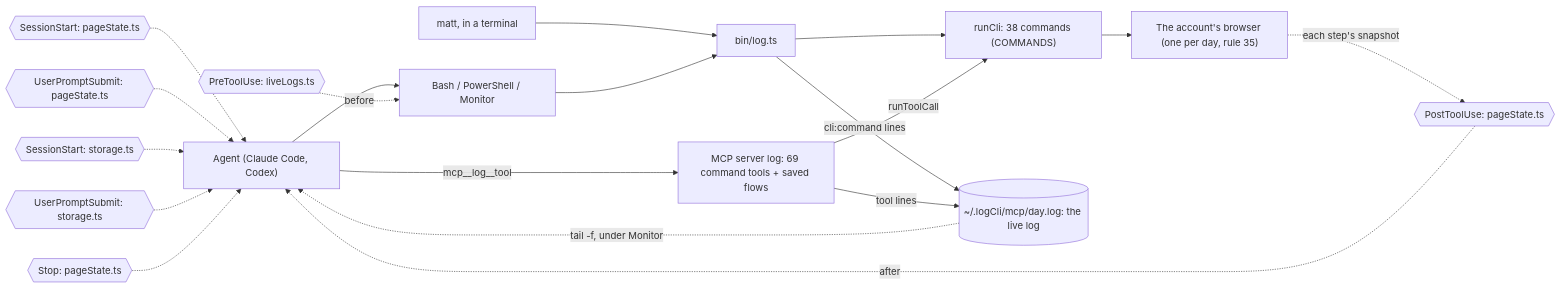
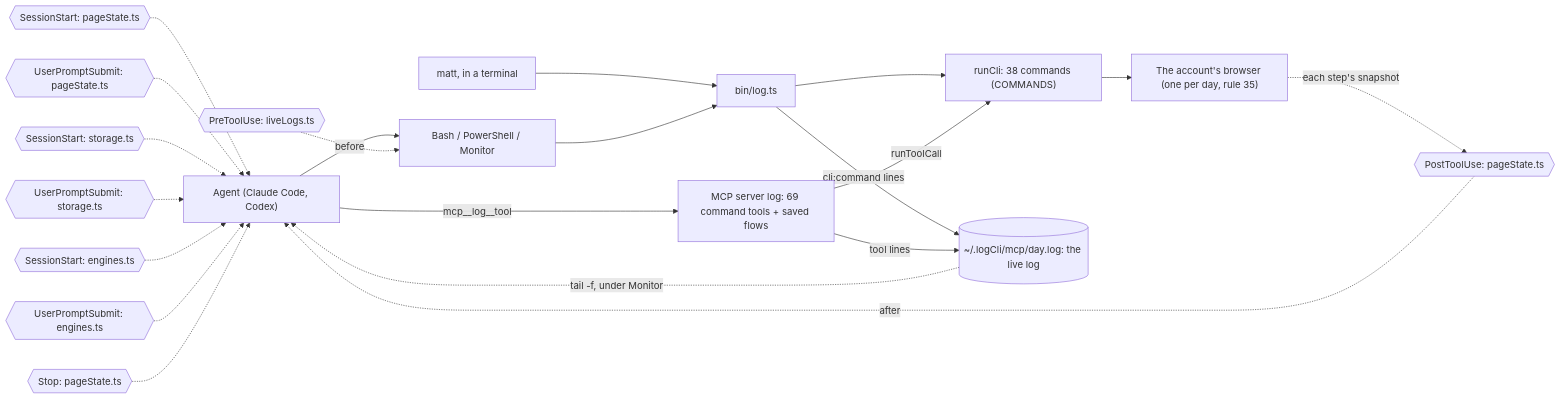
The second of 5 diagrams in README.md (matthewdonsemail-lab/log), drawn with Mermaid before and after one commit. The commit also changed other lines of this file and 39 other files, not shown here.

````diff
--- a/README.md
+++ b/README.md
@@ -128,29 +134,31 @@
 ```mermaid
 flowchart LR
   agent["Agent (Claude Code, Codex)"]
   matt["matt, in a terminal"]
   shell["Bash / PowerShell / Monitor"]
   mcp["MCP server log: 69 command tools + saved flows"]
   bin["bin/log.ts"]
   runCli["runCli: 38 commands (COMMANDS)"]
   live[("~/.logCli/mcp/day.log: the live log")]
   browser["The account's browser (one per day, rule 35)"]
   agent --> shell
   matt --> bin
   shell --> bin
   agent -->|mcp__log__tool| mcp
   bin --> runCli
   mcp -->|runToolCall| runCli
   runCli --> browser
   bin -->|cli:command lines| live
   mcp -->|tool lines| live
   live -.->|tail -f, under Monitor| agent
   pre0{{"PreToolUse: liveLogs.ts"}} -.->|before| shell
   post0{{"PostToolUse: pageState.ts"}} -.->|after| agent
   turn0{{"SessionStart: pageState.ts"}} -.-> agent
   turn1{{"UserPromptSubmit: pageState.ts"}} -.-> agent
   turn2{{"SessionStart: storage.ts"}} -.-> agent
   turn3{{"UserPromptSubmit: storage.ts"}} -.-> agent
-  turn4{{"Stop: pageState.ts"}} -.-> agent
+  turn4{{"SessionStart: engines.ts"}} -.-> agent
+  turn5{{"UserPromptSubmit: engines.ts"}} -.-> agent
+  turn6{{"Stop: pageState.ts"}} -.-> agent
   browser -.->|each step's snapshot| post0
 ```
````
